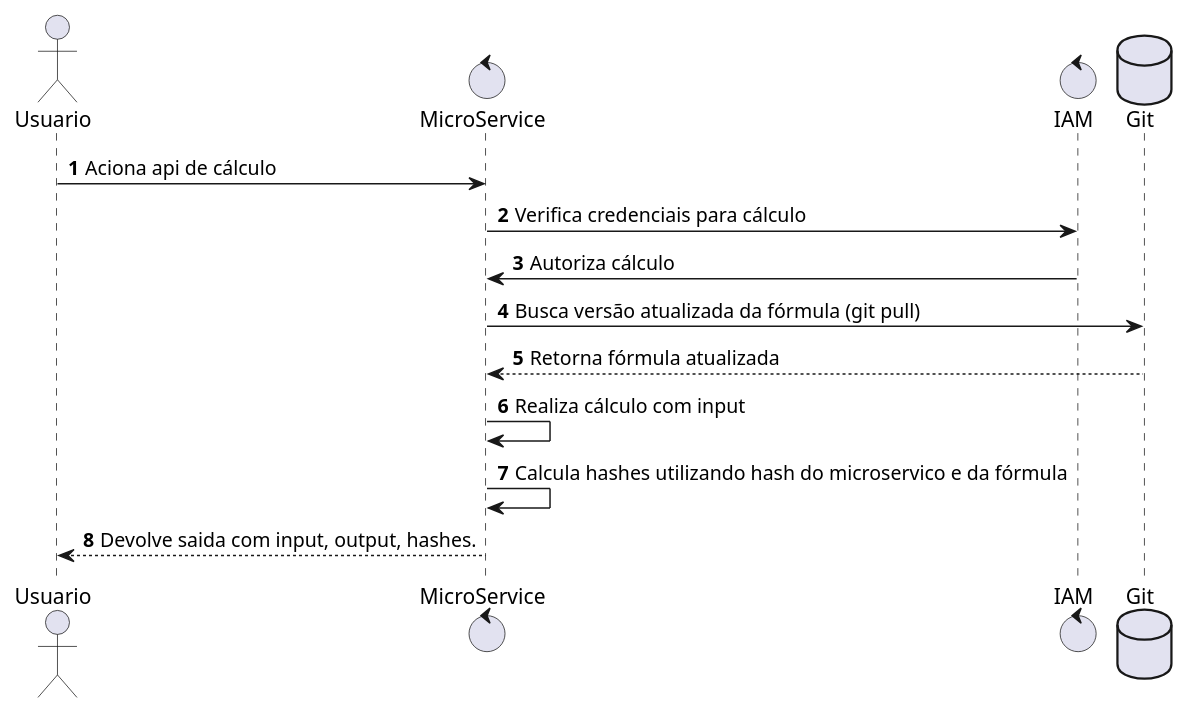
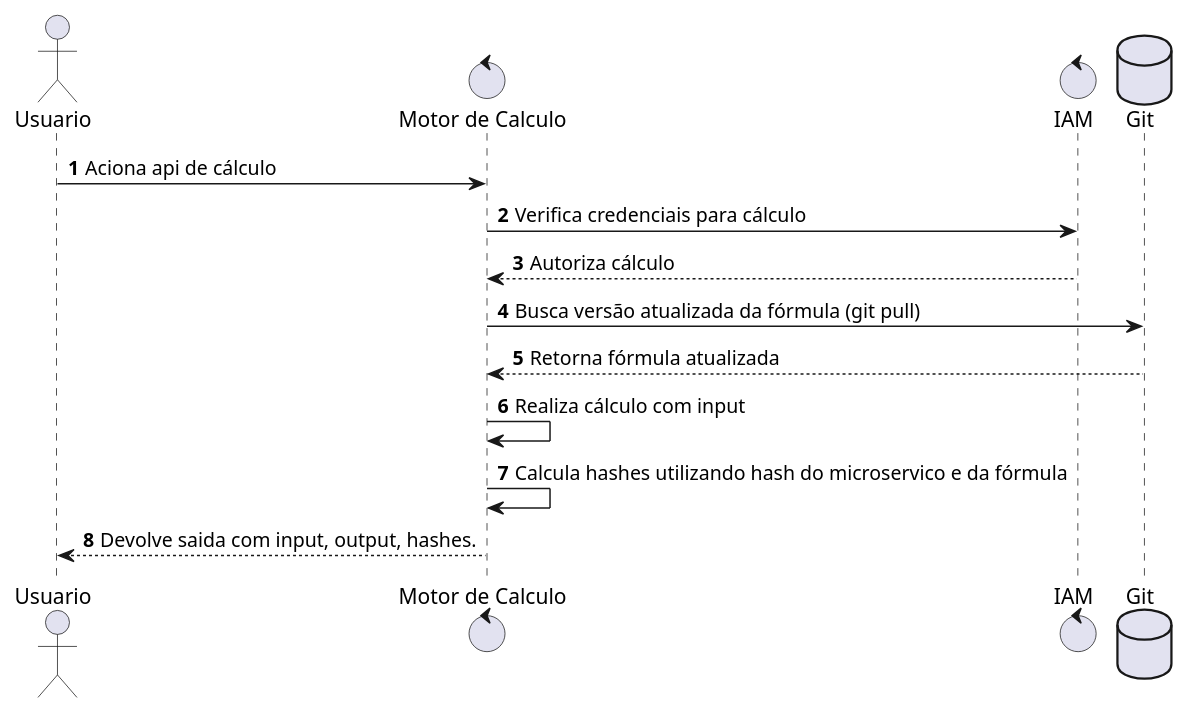
Before and after one commit to duxthemux/embeddedlangs: the diagram in docs/seq.puml, drawn with PlantUML. The commit also changed 3 other files, not shown here.

```diff
--- a/docs/seq.puml
+++ b/docs/seq.puml
@@ -1,19 +1,19 @@
 @startuml
 'https://plantuml.com/sequence-diagram
 
 autonumber
 actor Usuario as user
-control MicroService as microservice
+control "Motor de Calculo" as microservice
 control IAM as iam
 database Git as git
 
 user -> microservice : Aciona api de cálculo
 microservice -> iam : Verifica credenciais para cálculo
-iam -> microservice: Autoriza cálculo
+iam --> microservice: Autoriza cálculo
 microservice -> git : Busca versão atualizada da fórmula (git pull)
 git --> microservice: Retorna fórmula atualizada
 microservice -> microservice: Realiza cálculo com input
 microservice -> microservice: Calcula hashes utilizando hash do microservico e da fórmula
 microservice --> user: Devolve saida com input, output, hashes.
 
 @enduml
```
